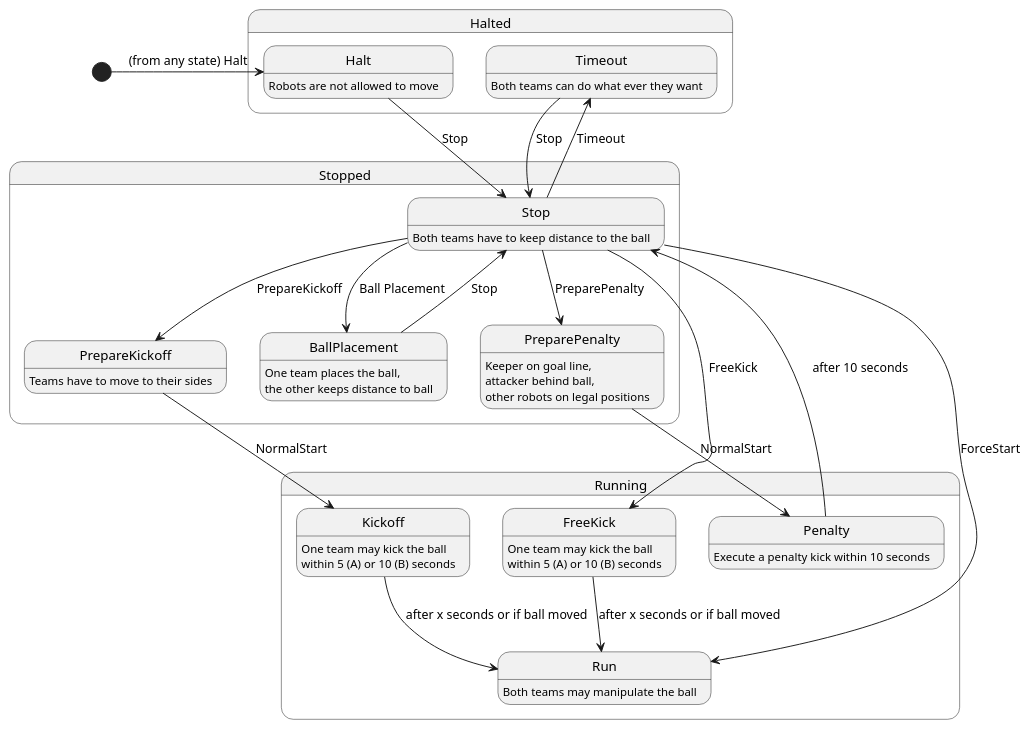
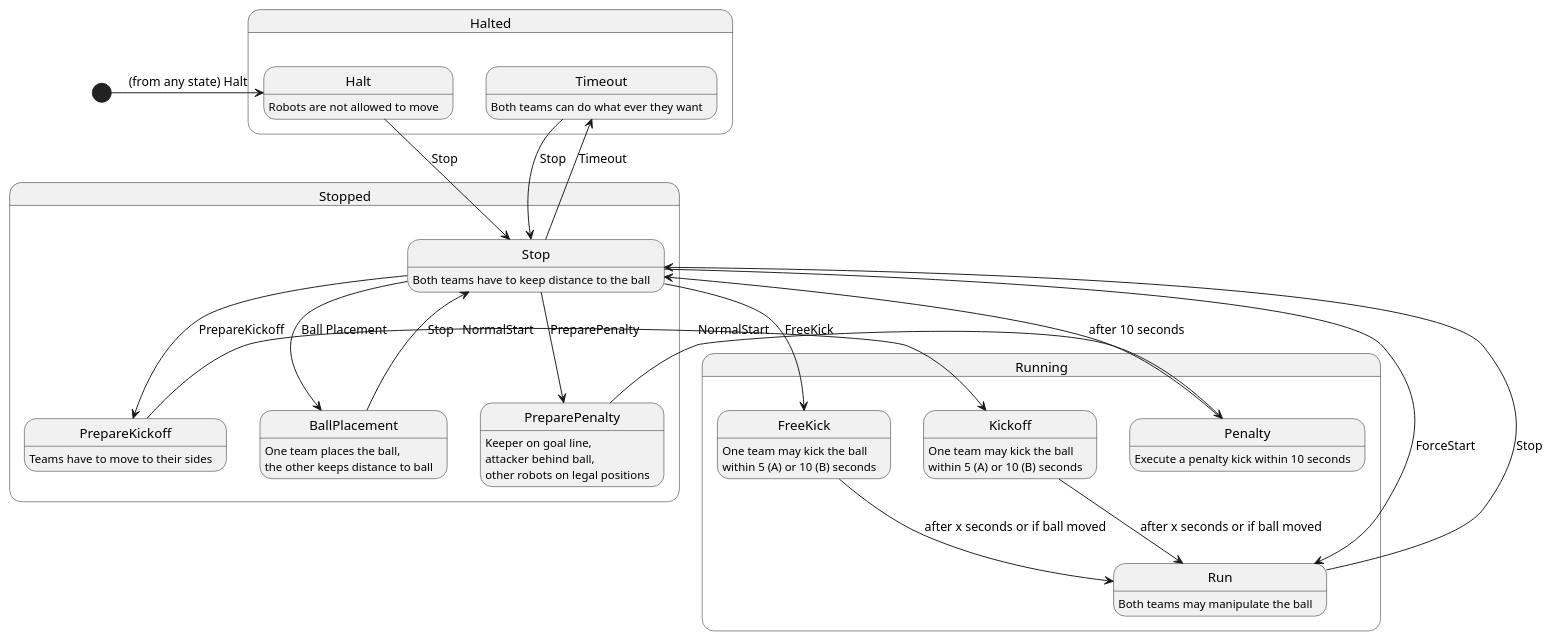
One commit to kkimurak/ssl-rules changed the diagram in chapters/appendix.adoc. Above: the diagram before and after it, drawn with PlantUML.

Commit message:
Add transition from Run to Stop for Stop Command

```diff
--- a/chapters/appendix.adoc
+++ b/chapters/appendix.adoc
@@ -10,66 +10,68 @@
 [plantuml, target=game-states, format=svg]
 ....
 @startuml
 state Halted {
     state Halt {
     }
     state Timeout {
     }
 }
 
 state Stopped {
     state Stop {
     }
     state BallPlacement {
     }
     state PrepareKickoff {
     }
     state PreparePenalty {
     }
 }
 
 state Running {
     state Run {
     }
     state FreeKick {
     }
     state Kickoff {
     }
     state Penalty {
     }
 }
 
 Halt: Robots are not allowed to move
 Timeout: Both teams can do what ever they want
 Stop: Both teams have to keep distance to the ball
 PrepareKickoff: Teams have to move to their sides
 BallPlacement: One team places the ball,\nthe other keeps distance to ball
 PreparePenalty: Keeper on goal line,\nattacker behind ball,\nother robots on legal positions
 Kickoff: One team may kick the ball\nwithin 5 (A) or 10 (B) seconds
 FreeKick: One team may kick the ball\nwithin 5 (A) or 10 (B) seconds
 Penalty: Execute a penalty kick within 10 seconds
 Run: Both teams may manipulate the ball
 
 [*] -> Halt: (from any state) Halt
 
 Halt --> Stop: Stop
 Stop --> Timeout: Timeout
 Timeout --> Stop: Stop
 
 Stop --> BallPlacement: Ball Placement
 BallPlacement --> Stop: Stop
 
 Stop --> PrepareKickoff: PrepareKickoff
 PrepareKickoff --> Kickoff: NormalStart
 Kickoff --> Run: after x seconds or if ball moved
 
 Stop --> FreeKick: FreeKick
 FreeKick --> Run: after x seconds or if ball moved
 
 Stop --> Run: ForceStart
 
 Stop --> PreparePenalty: PreparePenalty
 PreparePenalty --> Penalty: NormalStart
 Penalty --> Stop: after 10 seconds
+
+Run --> Stop: Stop
 @enduml
 ....
```
